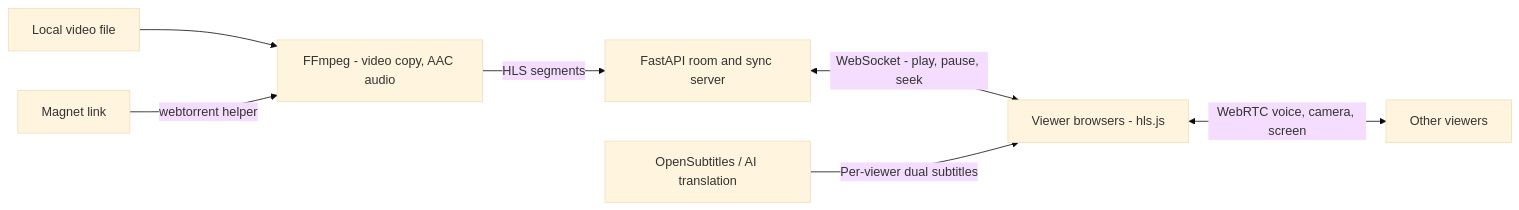
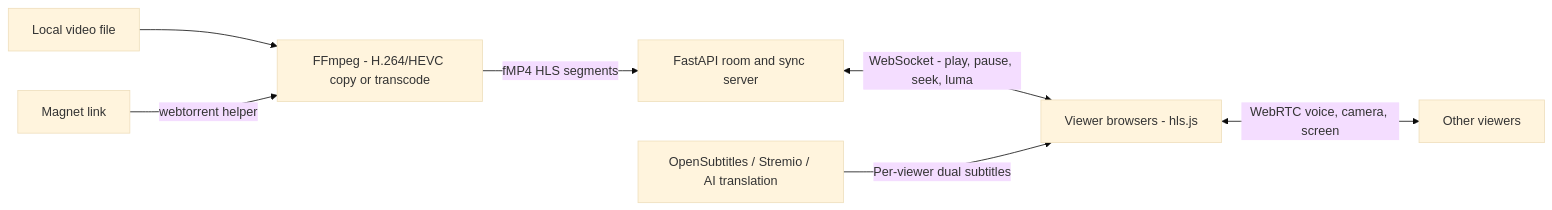
Before and after one commit to erkinavcii/erkinavcii: the first of 4 diagrams in README.md, drawn with Mermaid (base theme). The commit also changed other lines of this file, not shown here.

Commit message:
docs: streamline stack, add screenshots, sync SafeBox/CoWatch/HybridP2P/Dongu and top contact badges

````diff
--- a/README.md
+++ b/README.md
@@ -127,9 +91,9 @@
 ```mermaid
 graph LR
-    A[Local video file] --> C[FFmpeg - video copy, AAC audio]
+    A[Local video file] --> C[FFmpeg - H.264/HEVC copy or transcode]
     B[Magnet link] -->|webtorrent helper| C
-    C -->|HLS segments| D[FastAPI room and sync server]
-    D <-->|WebSocket - play, pause, seek| E[Viewer browsers - hls.js]
+    C -->|fMP4 HLS segments| D[FastAPI room and sync server]
+    D <-->|WebSocket - play, pause, seek, luma| E[Viewer browsers - hls.js]
     E <-->|WebRTC voice, camera, screen| F[Other viewers]
-    G[OpenSubtitles / AI translation] -->|Per-viewer dual subtitles| E
+    G[OpenSubtitles / Stremio / AI translation] -->|Per-viewer dual subtitles| E
 ```
````
